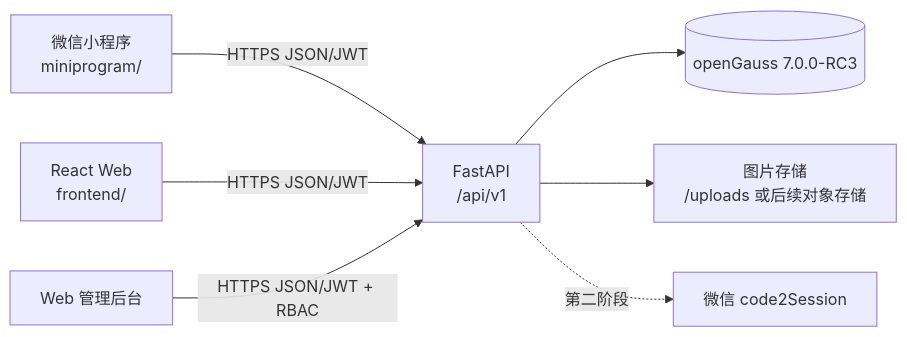
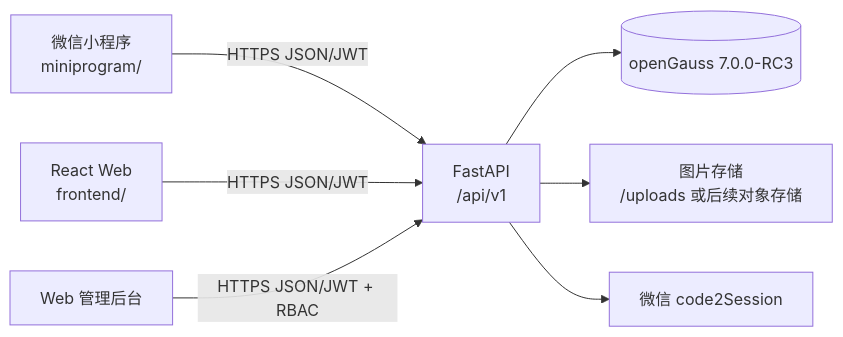
One commit to ChadBi/moment-campus-opengauss changed the first of 2 diagrams in docs/34_微信小程序接入评估与实施准备报告.md. Above: the diagram before and after it, drawn with Mermaid. The commit also changed other lines of this file and 2 other files, not shown here.

````diff
--- a/docs/34_微信小程序接入评估与实施准备报告.md
+++ b/docs/34_微信小程序接入评估与实施准备报告.md
@@ -70,9 +70,9 @@
 ```mermaid
 flowchart LR
     A[微信小程序<br/>miniprogram/] -->|HTTPS JSON/JWT| C[FastAPI<br/>/api/v1]
     B[React Web<br/>frontend/] -->|HTTPS JSON/JWT| C
     D[Web 管理后台] -->|HTTPS JSON/JWT + RBAC| C
     C --> E[(openGauss 7.0.0-RC3)]
     C --> F[图片存储<br/>/uploads 或后续对象存储]
-    C -.第二阶段.-> G[微信 code2Session]
+    C --> G[微信 code2Session]
 ```
````
